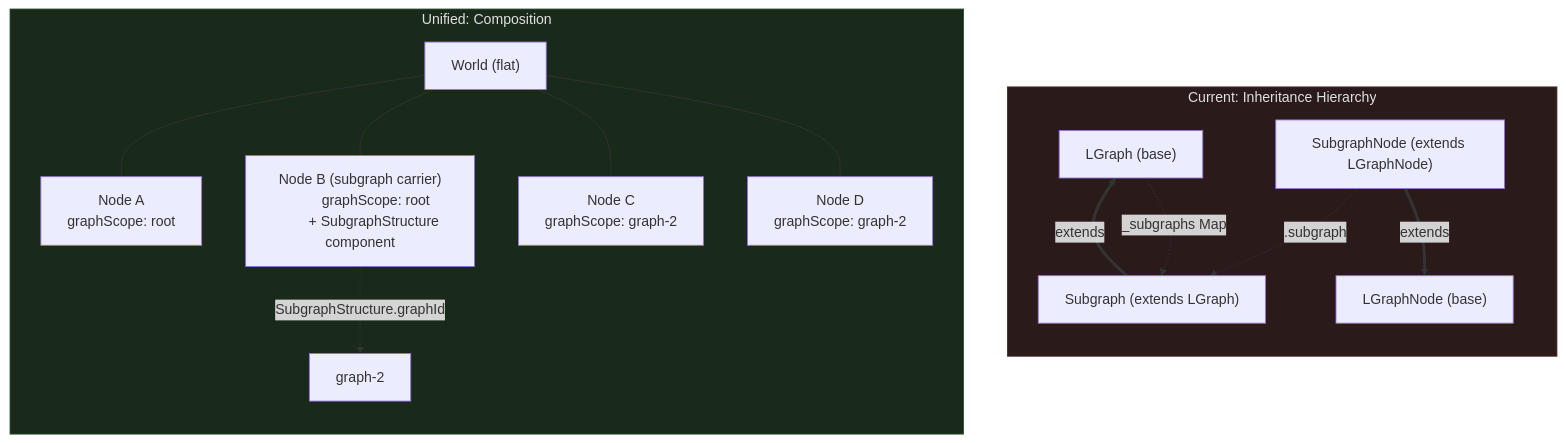
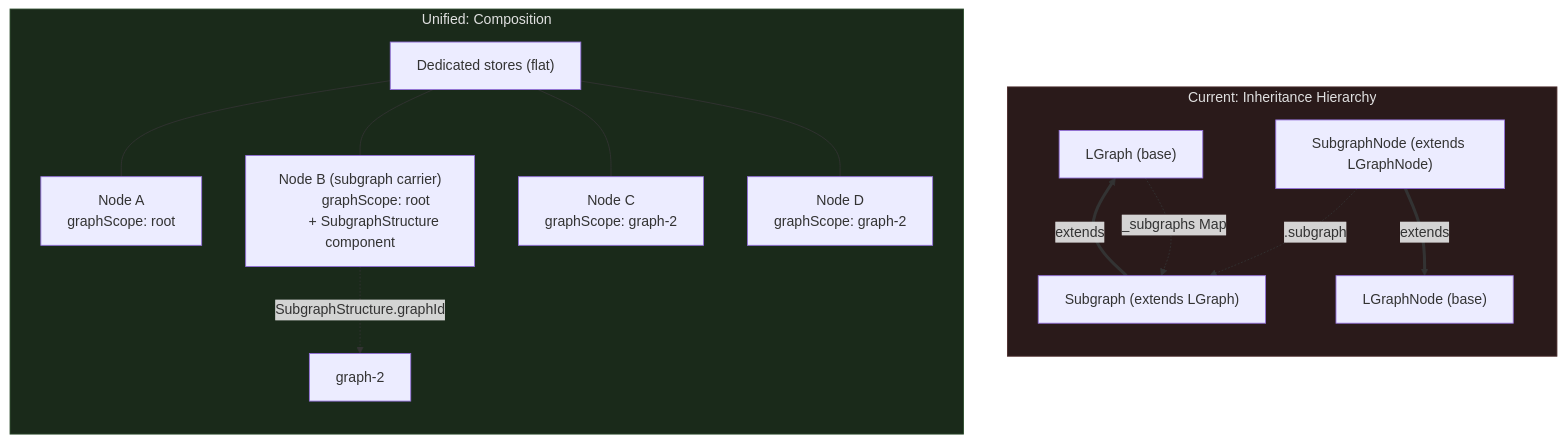
One commit to Comfy-Org/ComfyUI_frontend changed the first of 4 diagrams in docs/architecture/subgraph-boundaries-and-promotion.md. Above: the diagram before and after it, drawn with Mermaid. The commit also changed other lines of this file and 12 other files, not shown here.

````diff
--- a/docs/architecture/subgraph-boundaries-and-promotion.md
+++ b/docs/architecture/subgraph-boundaries-and-promotion.md
@@ -61,36 +61,36 @@
 ```mermaid
 graph TD
     subgraph Current["Current: Inheritance Hierarchy"]
         direction TB
         LG["LGraph (base)"]
         SG["Subgraph (extends LGraph)"]
         LGN["LGraphNode (base)"]
         SGN["SubgraphNode (extends LGraphNode)"]
         LG -.->|"_subgraphs Map"| SG
         SG ==>|"extends"| LG
         SGN ==>|"extends"| LGN
         SGN -.->|".subgraph"| SG
     end
 
     subgraph Unified["Unified: Composition"]
         direction TB
-        W["World (flat)"]
+        W["Dedicated stores (flat)"]
         N1["Node A
         graphScope: root"]
         N2["Node B (subgraph carrier)
         graphScope: root
         + SubgraphStructure component"]
         N3["Node C
         graphScope: graph-2"]
         N4["Node D
         graphScope: graph-2"]
         W --- N1
         W --- N2
         W --- N3
         W --- N4
         N2 -.->|"SubgraphStructure.graphId"| GS2["graph-2"]
     end
 
     style Current fill:#2a1a1a,stroke:#4a2a2a,color:#e0e0e0
     style Unified fill:#1a2a1a,stroke:#2a4a2a,color:#e0e0e0
 ```
````
